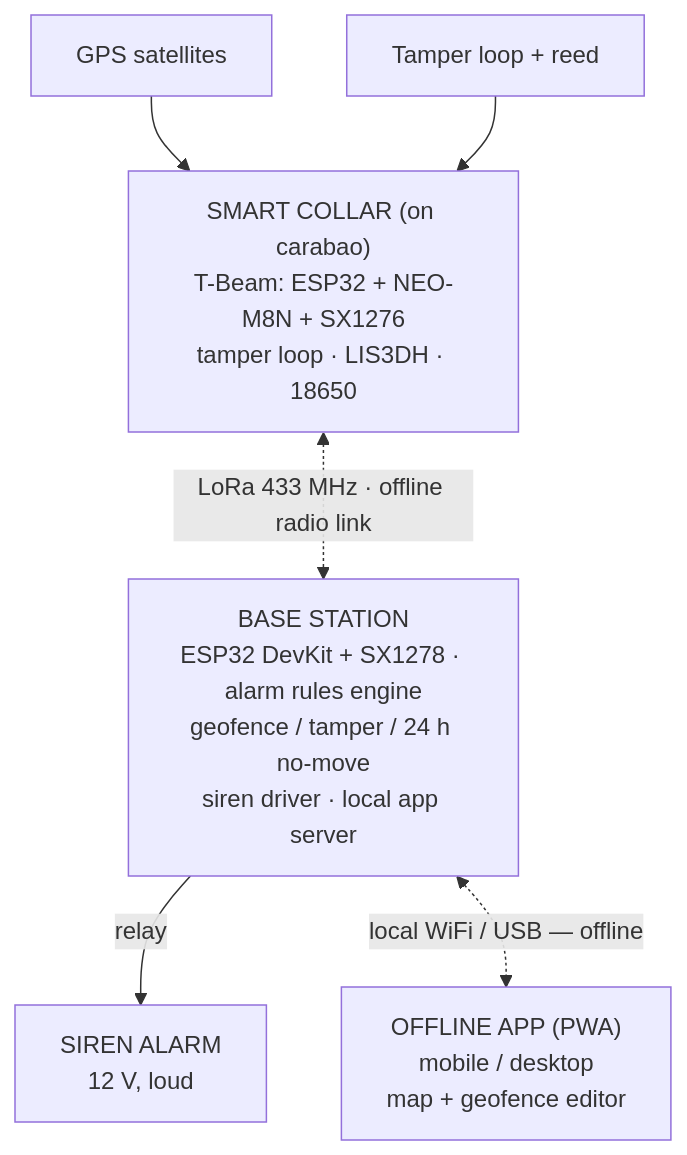
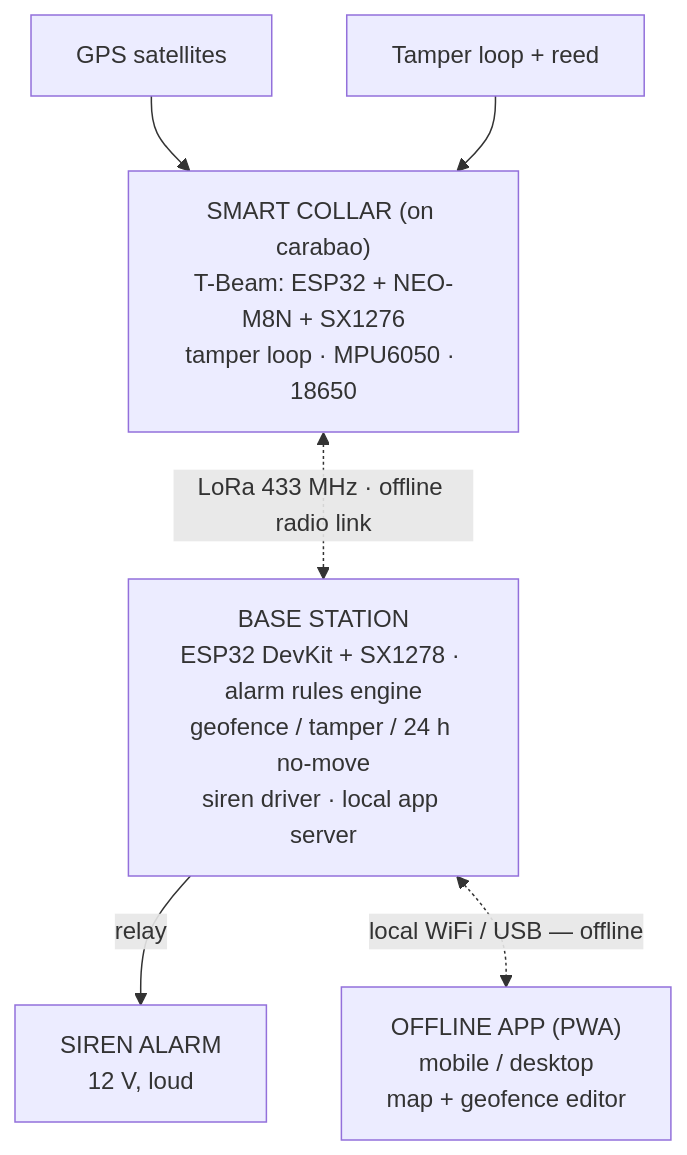
One commit to qppd/smart-collar changed the diagram in README.md. Above: the diagram before and after it, drawn with Mermaid. The commit also changed other lines of this file and 9 other files, not shown here.

First line of the commit message:
Switch accelerometer from LIS3DH to MPU6050

````diff
--- a/README.md
+++ b/README.md
@@ -77,8 +77,8 @@
 ```mermaid
 flowchart TB
-    GPS["GPS satellites"] --> TBEAM["SMART COLLAR (on carabao)<br/>T-Beam: ESP32 + NEO-M8N + SX1276<br/>tamper loop · LIS3DH · 18650"]
+    GPS["GPS satellites"] --> TBEAM["SMART COLLAR (on carabao)<br/>T-Beam: ESP32 + NEO-M8N + SX1276<br/>tamper loop · MPU6050 · 18650"]
     LOOP["Tamper loop + reed"] --> TBEAM
     TBEAM <-. "LoRa 433 MHz · offline radio link" .-> BASE["BASE STATION<br/>ESP32 DevKit + SX1278 · alarm rules engine<br/>geofence / tamper / 24 h no-move<br/>siren driver · local app server"]
     BASE -- "relay" --> SIREN["SIREN ALARM<br/>12 V, loud"]
     BASE <-. "local WiFi / USB — offline" .-> APP["OFFLINE APP (PWA)<br/>mobile / desktop<br/>map + geofence editor"]
 ```
````
